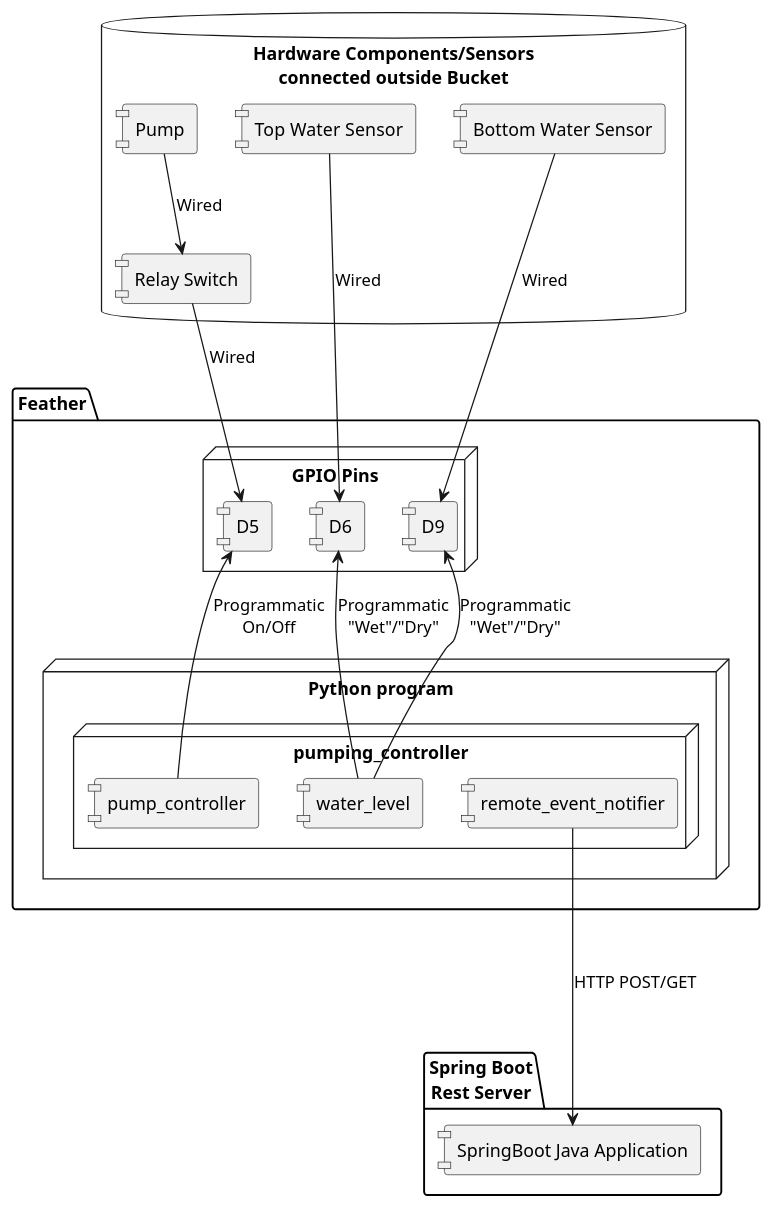
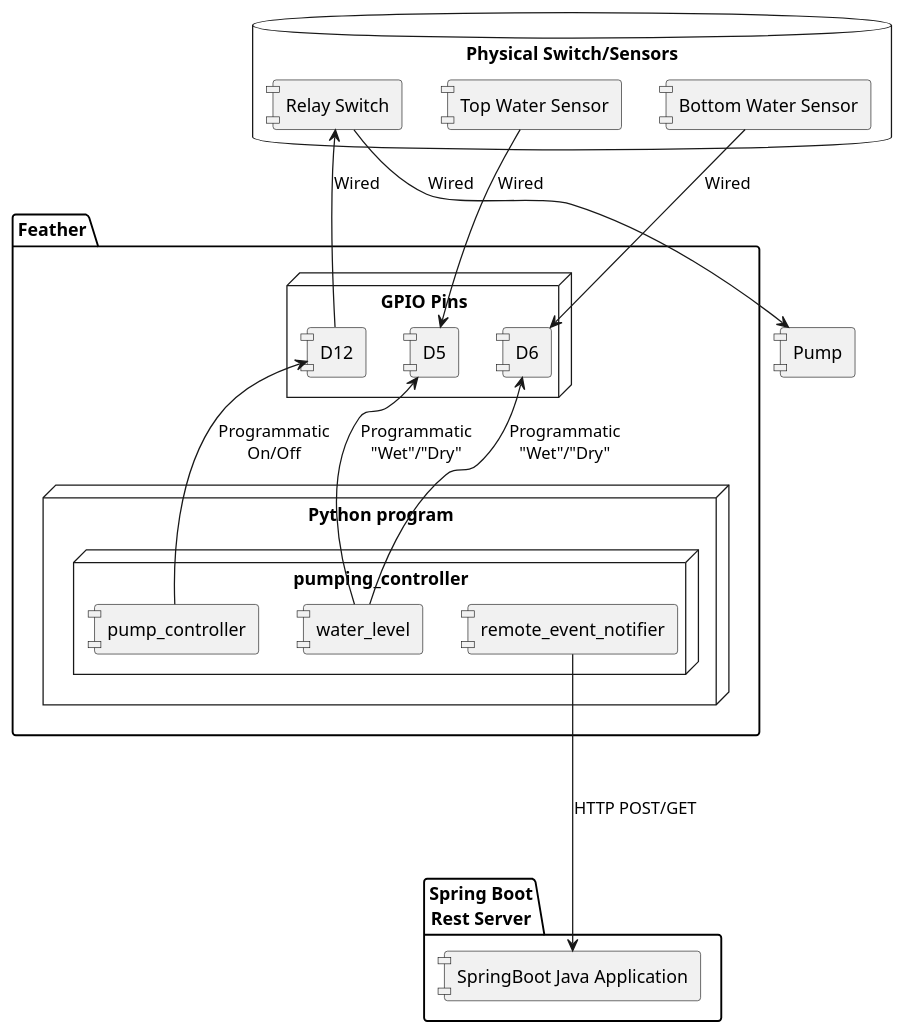
One commit to silaswilson87/crusher changed the diagram in documentation/pump_component.puml. Above: the diagram before and after it, drawn with PlantUML. The commit also changed 1 other file, not shown here.

Commit message:
Tweak pump_component diagram

```diff
--- a/documentation/pump_component.puml
+++ b/documentation/pump_component.puml
@@ -1,35 +1,37 @@
 @startuml
 'https://plantuml.com/component-diagram
 skinparam componentStyle uml1
+
+[Pump]
 
 package "Feather" {
    node "GPIO Pins" {
     [D5]
     [D6]
-    [D9]
+    [D12]
    }
     node "Python program"{
        node "pumping_controller" {
        [remote_event_notifier]
        [pump_controller]
        [water_level]
        }
     }
-  [pump_controller] -up-> [D5]:Programmatic\nOn/Off
+  [pump_controller] -up-> [D12]:Programmatic\nOn/Off
+  [water_level] -up-> [D5]:Programmatic\n"Wet"/"Dry"
   [water_level] -up-> [D6]:Programmatic\n"Wet"/"Dry"
-  [water_level] -up-> [D9]:Programmatic\n"Wet"/"Dry"
 }
 
 package "Spring Boot\nRest Server" {
   [SpringBoot Java Application]
 }
 
 
-database "Hardware Components/Sensors\nconnected outside Bucket" {
-   [Relay Switch]--> [D5]:Wired
-   [Pump]--> [Relay Switch]:Wired
-   [Top Water Sensor] --> [D6]:Wired
-   [Bottom Water Sensor]--> [D9]:Wired
+database "Physical Switch/Sensors" {
+   [D12]--> [Relay Switch]:Wired
+   [Relay Switch]--> [Pump]:Wired
+   [Top Water Sensor] --> [D5]:Wired
+   [Bottom Water Sensor]--> [D6]:Wired
 }
 [remote_event_notifier] --down-> [SpringBoot Java Application]:HTTP POST/GET
 @enduml
```
